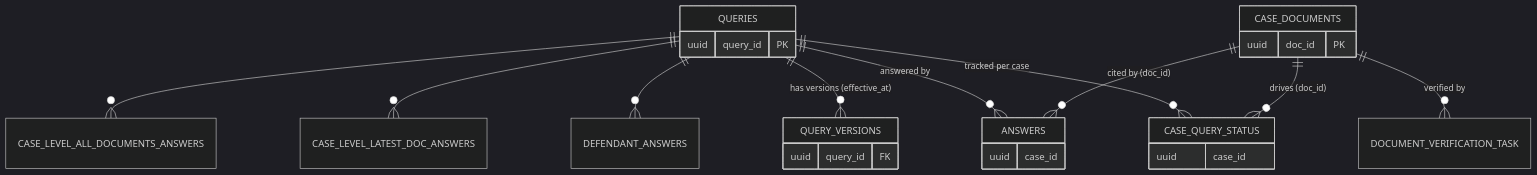
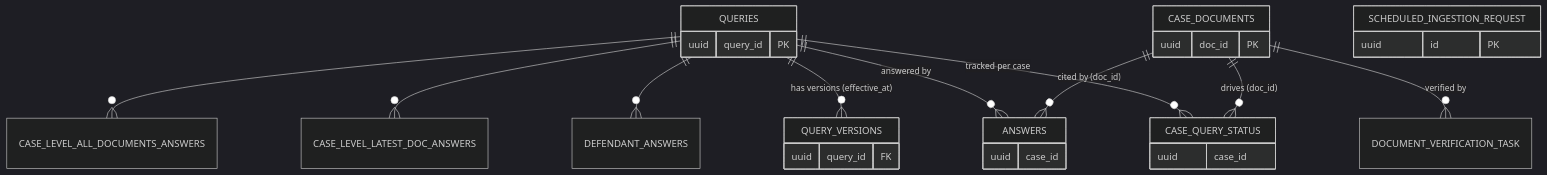
Before and after one commit to hmcts/cp-case-document-knowledge-service: the third of 5 diagrams in docs/ARCHITECTURE.md, drawn with Mermaid (dark theme). The commit also changed other lines of this file and 3 other files, not shown here.

````diff
--- a/docs/ARCHITECTURE.md
+++ b/docs/ARCHITECTURE.md
@@ -152,18 +154,19 @@
 ```mermaid
 erDiagram
     QUERIES ||--o{ QUERY_VERSIONS : "has versions (effective_at)"
     QUERIES ||--o{ CASE_QUERY_STATUS : "tracked per case"
     QUERIES ||--o{ ANSWERS : "answered by"
     CASE_DOCUMENTS ||--o{ ANSWERS : "cited by (doc_id)"
     CASE_DOCUMENTS ||--o{ CASE_QUERY_STATUS : "drives (doc_id)"
     QUERIES ||--o{ DEFENDANT_ANSWERS : ""
     QUERIES ||--o{ CASE_LEVEL_LATEST_DOC_ANSWERS : ""
     QUERIES ||--o{ CASE_LEVEL_ALL_DOCUMENTS_ANSWERS : ""
     CASE_DOCUMENTS ||--o{ DOCUMENT_VERIFICATION_TASK : "verified by"
 
     QUERIES { uuid query_id PK }
     QUERY_VERSIONS { uuid query_id FK }
     CASE_DOCUMENTS { uuid doc_id PK }
     ANSWERS { uuid case_id }
     CASE_QUERY_STATUS { uuid case_id }
+    SCHEDULED_INGESTION_REQUEST { uuid id PK }
 ```
````
